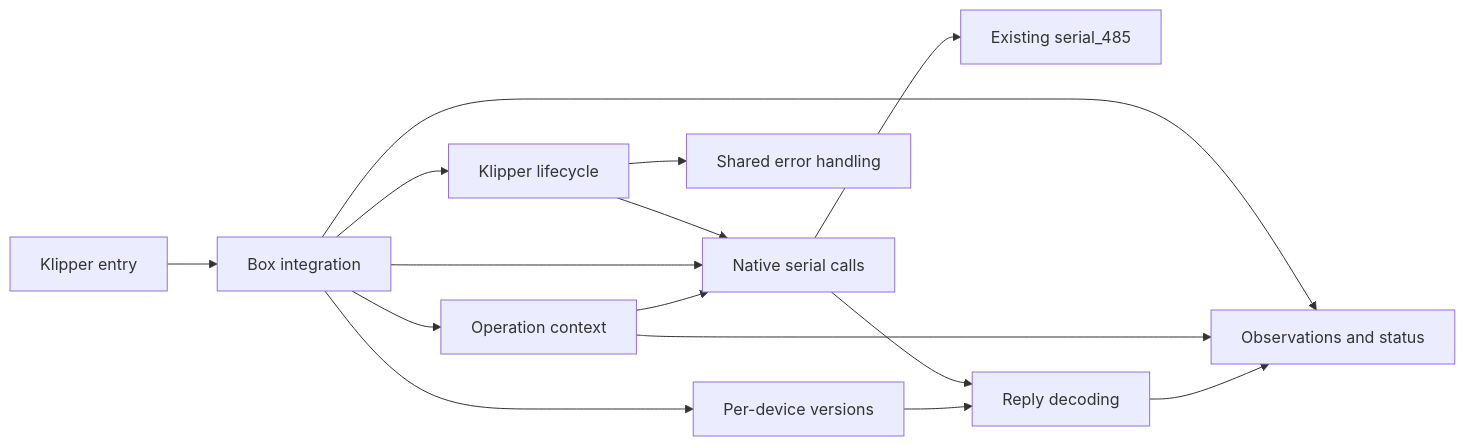
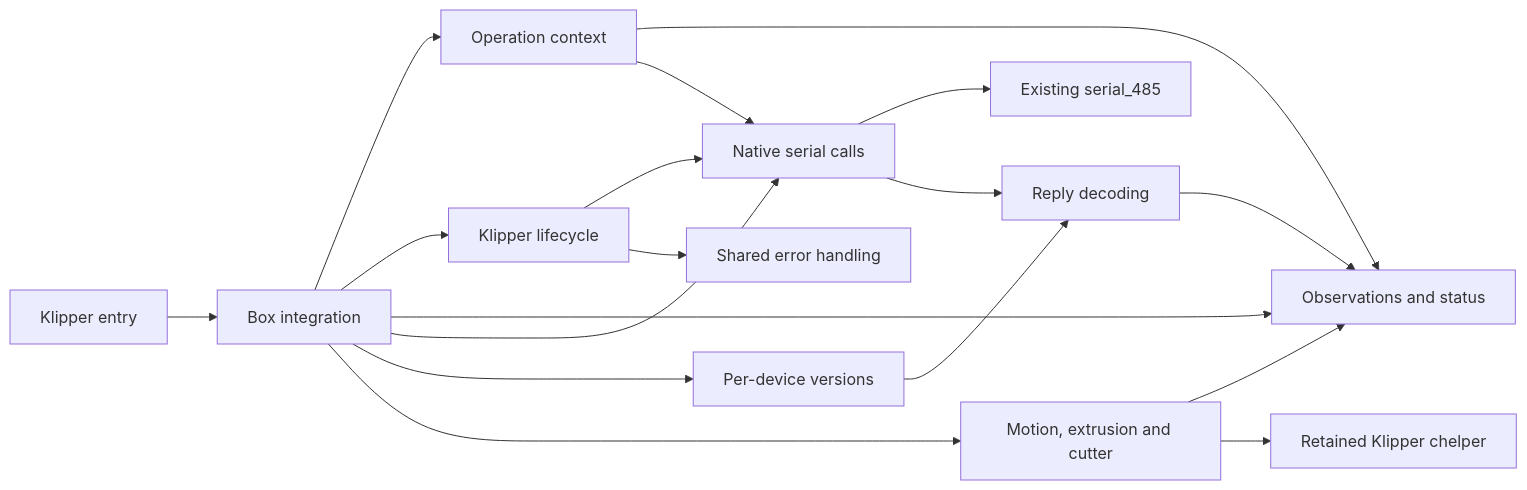
Before and after one commit to truestealth/cfs_klipper: the diagram in docs/architecture.md, drawn with Mermaid. The commit also changed other lines of this file and 23 other files, not shown here.

````diff
--- a/docs/architecture.md
+++ b/docs/architecture.md
@@ -44,17 +47,20 @@
 ```mermaid
 flowchart LR
     Entry[Klipper entry] --> Box[Box integration]
     Box --> Operations[Operation context]
     Box --> Lifecycle[Klipper lifecycle]
     Lifecycle --> Native
     Lifecycle --> Errors[Shared error handling]
     Box --> State[Observations and status]
     Box --> Native[Native serial calls]
     Box --> Versions[Per-device versions]
+    Box --> Host[Motion, extrusion and cutter]
+    Host --> State
+    Host --> Helper[Retained Klipper chelper]
     Operations --> State
     Operations --> Native
     Native --> Stock[Existing serial_485]
     Native --> Decoder[Reply decoding]
     Versions --> Decoder
     Decoder --> State
 ```
````
